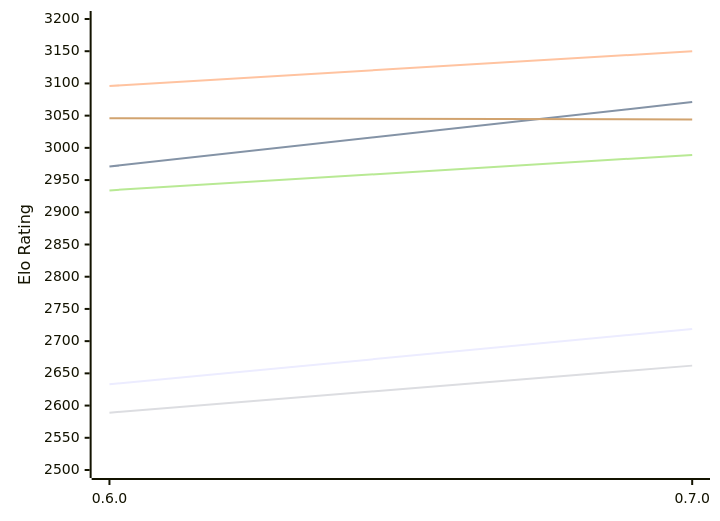
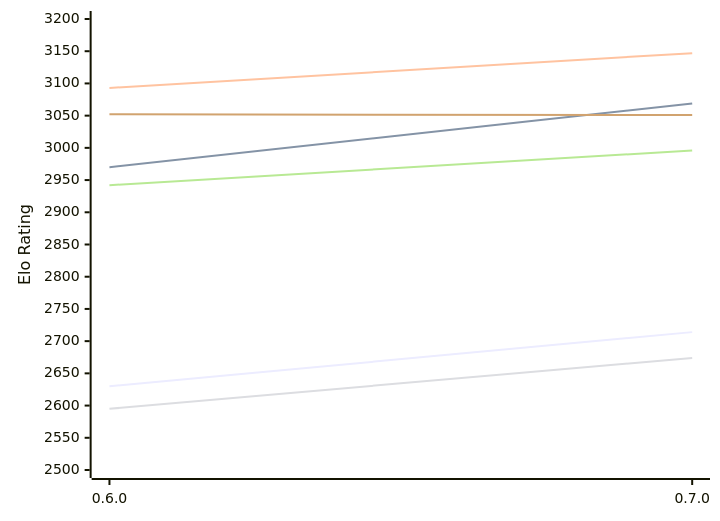
The first of 2 diagrams in engines/AteNika.md (computer-chess-index/cci), drawn with Mermaid before and after one commit. The commit also changed other lines of this file, not shown here.

Commit message:
Update CCI Ratings (ELO VLTC) - 2026-11-23

````diff
--- a/engines/AteNika.md
+++ b/engines/AteNika.md
@@ -52,12 +52,12 @@
 ```mermaid
 %%{init: {"theme":"base","themeVariables":{"seriesColors:['#a3a3a3','#222221','#faa371']}}}%%
 xychart-beta
   x-axis ["0.6.0", "0.7.0"]
   y-axis "Elo Rating" 2500 --> 3200
-  line "E1: STC (8.0+0.08s)" [2633, 2719]
-  line "E1: LTC (60.0+0.60s)" [2971, 3071]
-  line "E1: VLTC (2m24s+1.12s)" [3096, 3150]
-  line "P1: STC (8.0+0.08s)" [2589, 2662]
-  line "P1: LTC (60.0+0.60s)" [2934, 2989]
-  line "P1: VLTC (2m24s+1.12s)" [3046, 3044]
+  line "E1: STC (8.0+0.08s)" [2630, 2714]
+  line "E1: LTC (60.0+0.60s)" [2970, 3069]
+  line "E1: VLTC (2m24s+1.12s)" [3093, 3147]
+  line "P1: STC (8.0+0.08s)" [2595, 2674]
+  line "P1: LTC (60.0+0.60s)" [2942, 2996]
+  line "P1: VLTC (2m24s+1.12s)" [3052, 3051]
 ```
````
